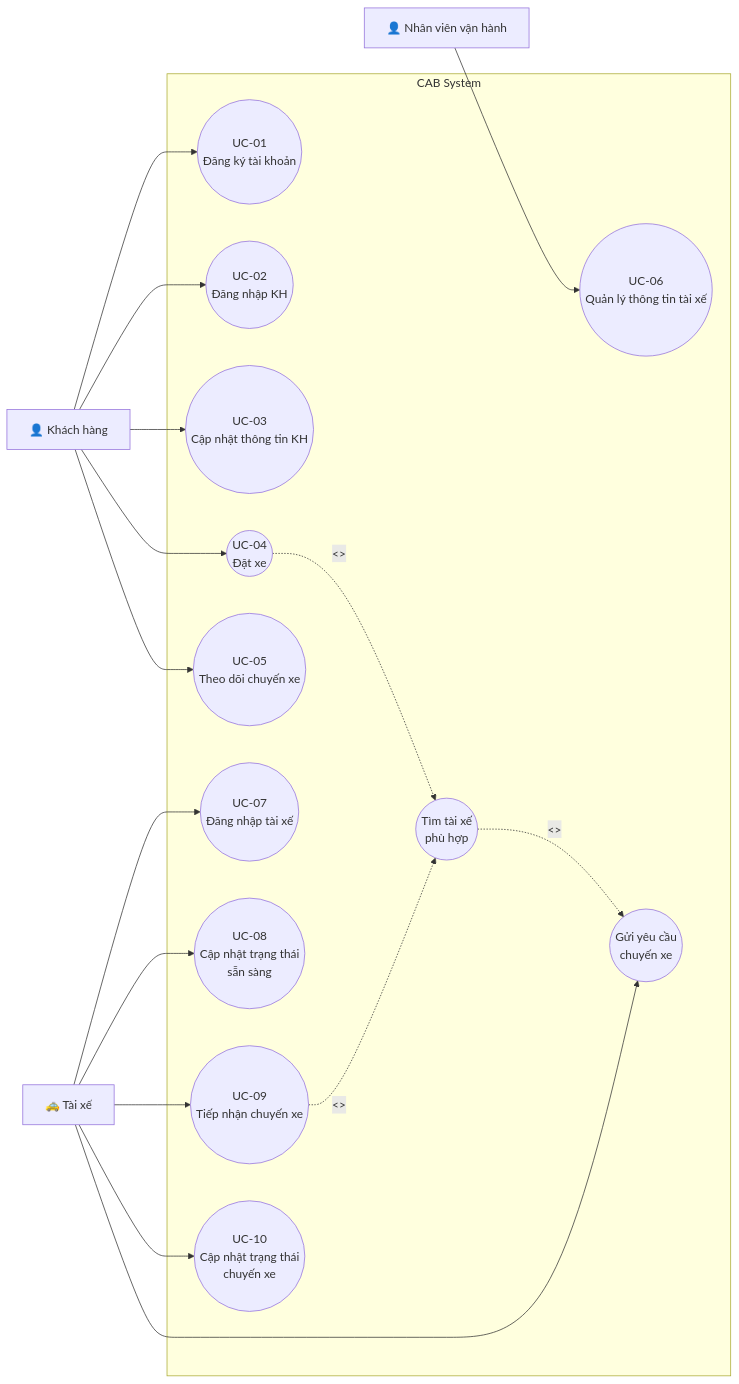
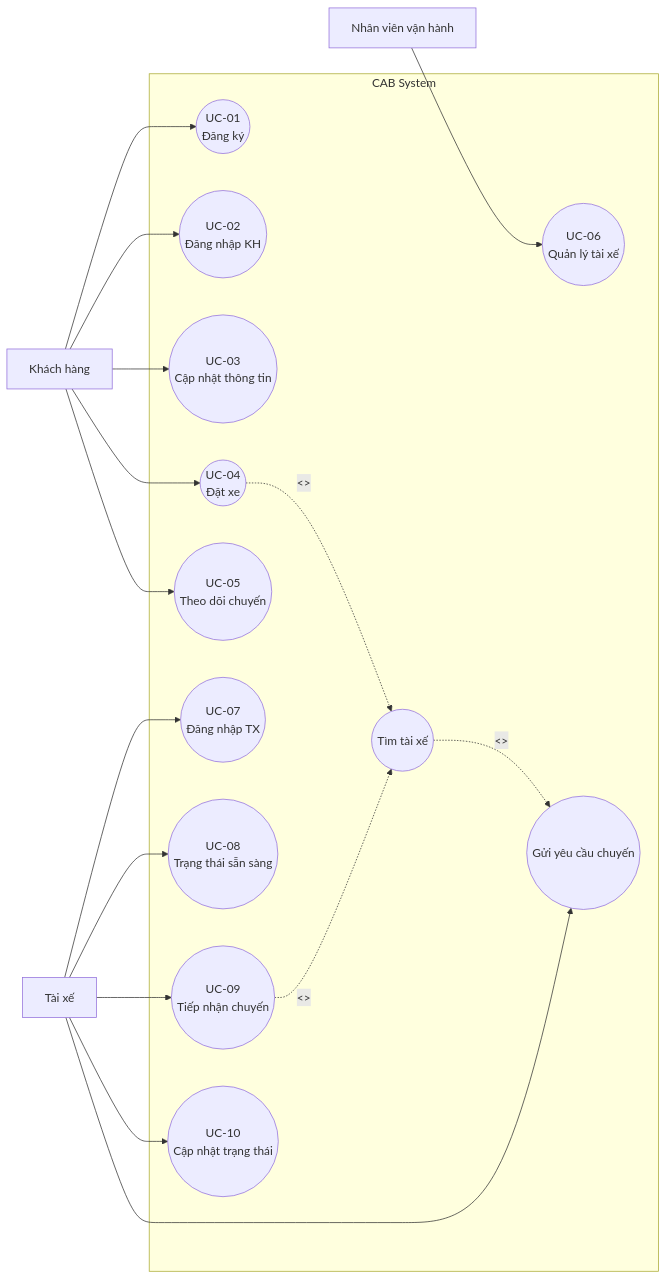
One commit to hieunghia11a10-prog/23670421_LeHieuNghia_CABSYSTEM changed diagram 14 of 14 in SRS.md. Above: the diagram before and after it, drawn with Mermaid. The commit also changed other lines of this file, not shown here.

````diff
--- a/SRS.md
+++ b/SRS.md
@@ -1260,43 +1213,45 @@
 ```mermaid
 flowchart LR
 
-    KH["👤 Khách hàng"]
-    TX["🚕 Tài xế"]
-    NV["👤 Nhân viên vận hành"]
+    KH["Khách hàng"]
+    TX["Tài xế"]
+    NV["Nhân viên vận hành"]
 
     subgraph CAB["CAB System"]
-        UC01(("UC-01<br/>Đăng ký tài khoản"))
+
+        UC01(("UC-01<br/>Đăng ký"))
         UC02(("UC-02<br/>Đăng nhập KH"))
-        UC03(("UC-03<br/>Cập nhật thông tin KH"))
+        UC03(("UC-03<br/>Cập nhật thông tin"))
         UC04(("UC-04<br/>Đặt xe"))
-        UC05(("UC-05<br/>Theo dõi chuyến xe"))
+        UC05(("UC-05<br/>Theo dõi chuyến"))
 
-        UC06(("UC-06<br/>Quản lý thông tin tài xế"))
-        UC07(("UC-07<br/>Đăng nhập tài xế"))
-        UC08(("UC-08<br/>Cập nhật trạng thái<br/>sẵn sàng"))
-        UC09(("UC-09<br/>Tiếp nhận chuyến xe"))
-        UC10(("UC-10<br/>Cập nhật trạng thái<br/>chuyến xe"))
+        UC06(("UC-06<br/>Quản lý tài xế"))
+        UC07(("UC-07<br/>Đăng nhập TX"))
+        UC08(("UC-08<br/>Trạng thái sẵn sàng"))
+        UC09(("UC-09<br/>Tiếp nhận chuyến"))
+        UC10(("UC-10<br/>Cập nhật trạng thái"))
 
-        FIND(("Tìm tài xế<br/>phù hợp"))
-        SEND(("Gửi yêu cầu<br/>chuyến xe"))
+        FIND(("Tìm tài xế"))
+        SEND(("Gửi yêu cầu chuyến"))
+
     end
 
     KH --> UC01
     KH --> UC02
     KH --> UC03
     KH --> UC04
     KH --> UC05
 
     TX --> UC07
     TX --> UC08
     TX --> UC09
     TX --> UC10
 
     NV --> UC06
 
     UC04 -. "<<include>>" .-> FIND
     FIND -. "<<include>>" .-> SEND
-    TX --> SEND
 
     UC09 -. "<<include>>" .-> FIND
+    TX --> SEND
 ```
````
